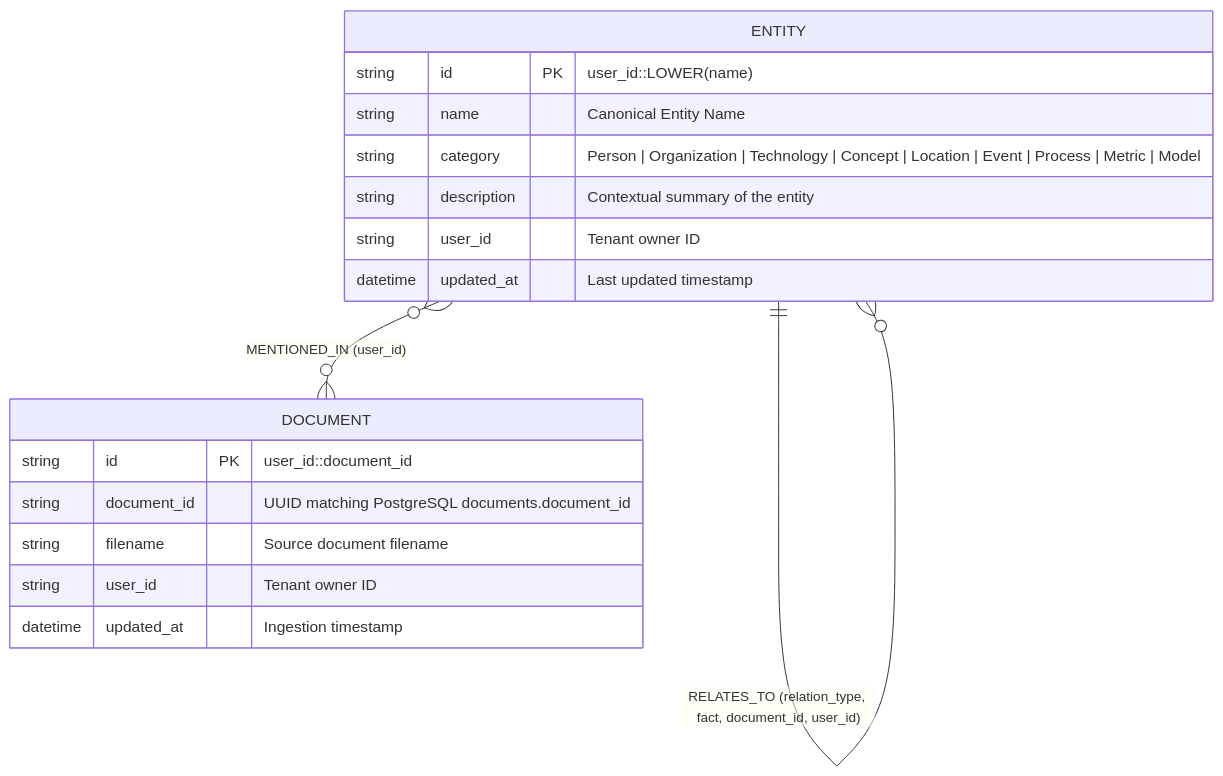
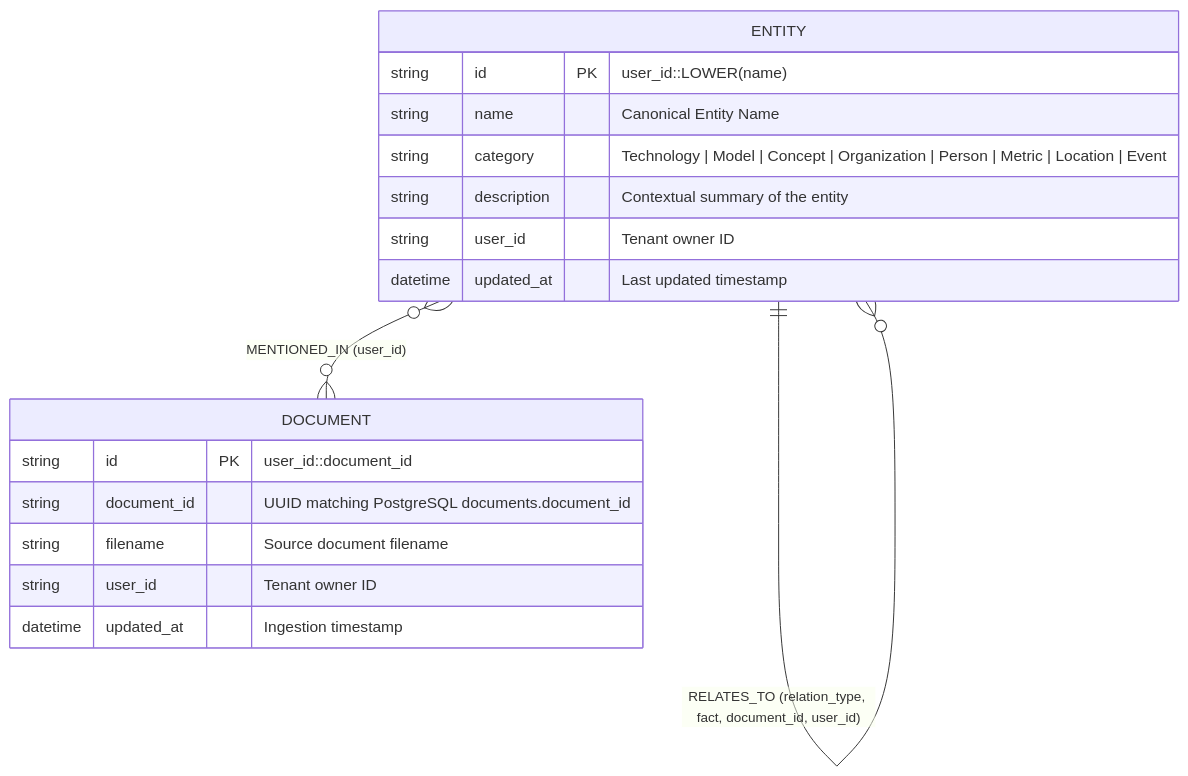
One commit to Dronanaik/adk_rag changed the diagram in docs/TECHNICAL_SPECIFICATIONS.md. Above: the diagram before and after it, drawn with Mermaid. The commit also changed other lines of this file and 7 other files, not shown here.

````diff
--- a/docs/TECHNICAL_SPECIFICATIONS.md
+++ b/docs/TECHNICAL_SPECIFICATIONS.md
@@ -103,22 +85,22 @@
-```mermaid
-erDiagram
-    ENTITY ||--o{ ENTITY : "RELATES_TO (relation_type, fact, document_id, user_id)"
-    ENTITY }o--o{ DOCUMENT : "MENTIONED_IN (user_id)"
+    ```mermaid
+    erDiagram
+        ENTITY ||--o{ ENTITY : "RELATES_TO (relation_type, fact, document_id, user_id)"
+        ENTITY }o--o{ DOCUMENT : "MENTIONED_IN (user_id)"
 
-    ENTITY {
-        string id PK "user_id::LOWER(name)"
-        string name "Canonical Entity Name"
-        string category "Person | Organization | Technology | Concept | Location | Event | Process | Metric | Model"
-        string description "Contextual summary of the entity"
-        string user_id "Tenant owner ID"
-        datetime updated_at "Last updated timestamp"
-    }
+        ENTITY {
+            string id PK "user_id::LOWER(name)"
+            string name "Canonical Entity Name"
+            string category "Technology | Model | Concept | Organization | Person | Metric | Location | Event"
+            string description "Contextual summary of the entity"
+            string user_id "Tenant owner ID"
+            datetime updated_at "Last updated timestamp"
+        }
 
-    DOCUMENT {
-        string id PK "user_id::document_id"
-        string document_id "UUID matching PostgreSQL documents.document_id"
-        string filename "Source document filename"
-        string user_id "Tenant owner ID"
-        datetime updated_at "Ingestion timestamp"
-    }
-```
+        DOCUMENT {
+            string id PK "user_id::document_id"
+            string document_id "UUID matching PostgreSQL documents.document_id"
+            string filename "Source document filename"
+            string user_id "Tenant owner ID"
+            datetime updated_at "Ingestion timestamp"
+        }
+    ```
````
